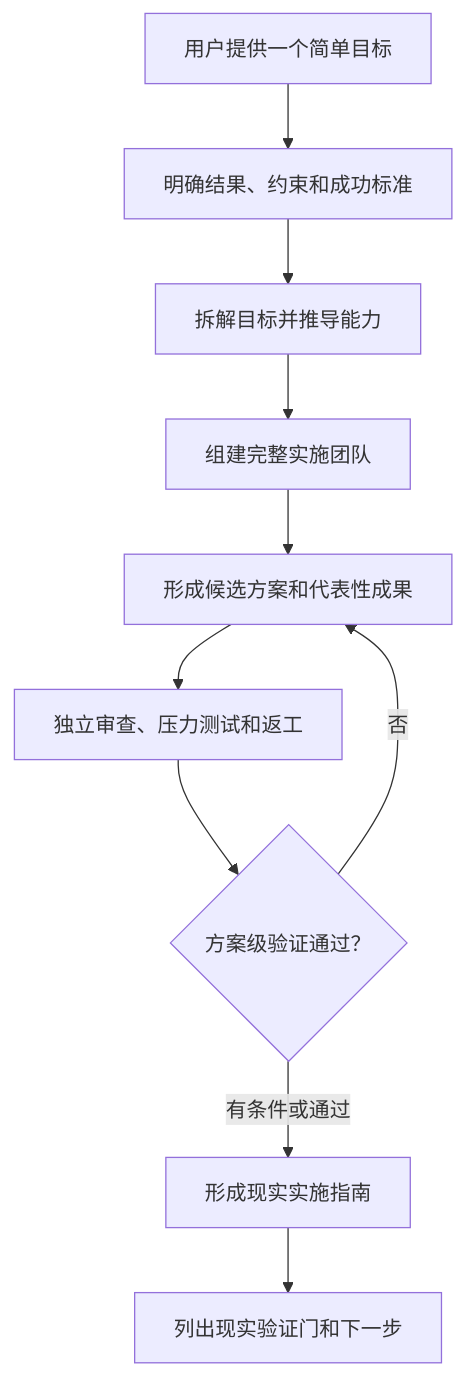
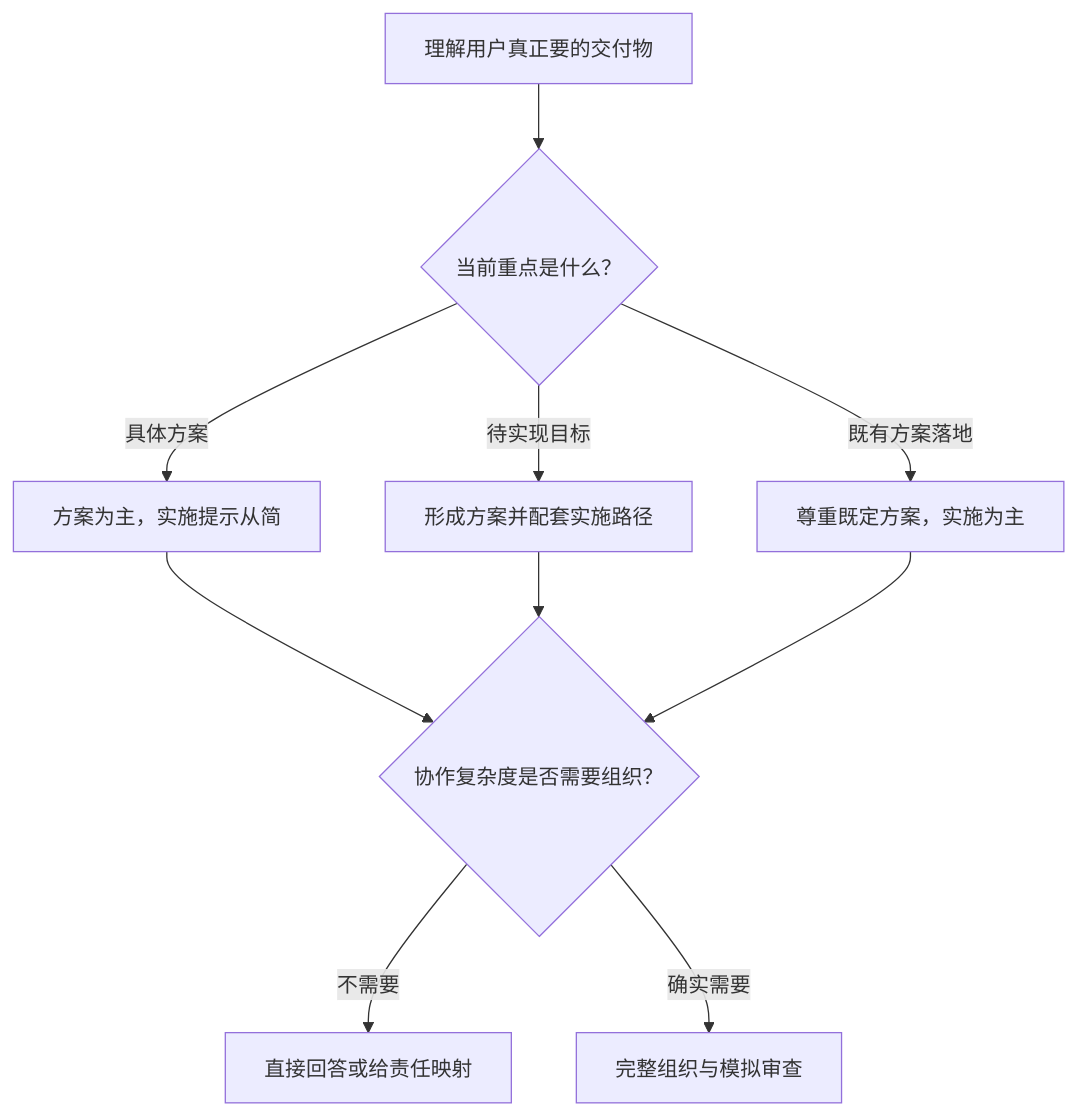
Before and after one commit to yantaolu/goal-orchestrator: the diagram in README.md, drawn with Mermaid. The commit also changed other lines of this file and 9 other files, not shown here.

````diff
--- a/README.md
+++ b/README.md
@@ -11,12 +19,12 @@
 ```mermaid
 flowchart TD
-    A["用户提供一个简单目标"] --> B["明确结果、约束和成功标准"]
-    B --> C["拆解目标并推导能力"]
-    C --> D["组建完整实施团队"]
-    D --> E["形成候选方案和代表性成果"]
-    E --> F["独立审查、压力测试和返工"]
-    F --> G{"方案级验证通过？"}
-    G -- "否" --> E
-    G -- "有条件或通过" --> H["形成现实实施指南"]
-    H --> I["列出现实验证门和下一步"]
+    A["理解用户真正要的交付物"] --> B{"当前重点是什么？"}
+    B -- "具体方案" --> C["方案为主，实施提示从简"]
+    B -- "待实现目标" --> D["形成方案并配套实施路径"]
+    B -- "既有方案落地" --> E["尊重既定方案，实施为主"]
+    C --> F{"协作复杂度是否需要组织？"}
+    D --> F
+    E --> F
+    F -- "不需要" --> G["直接回答或给责任映射"]
+    F -- "确实需要" --> H["完整组织与模拟审查"]
 ```
````
